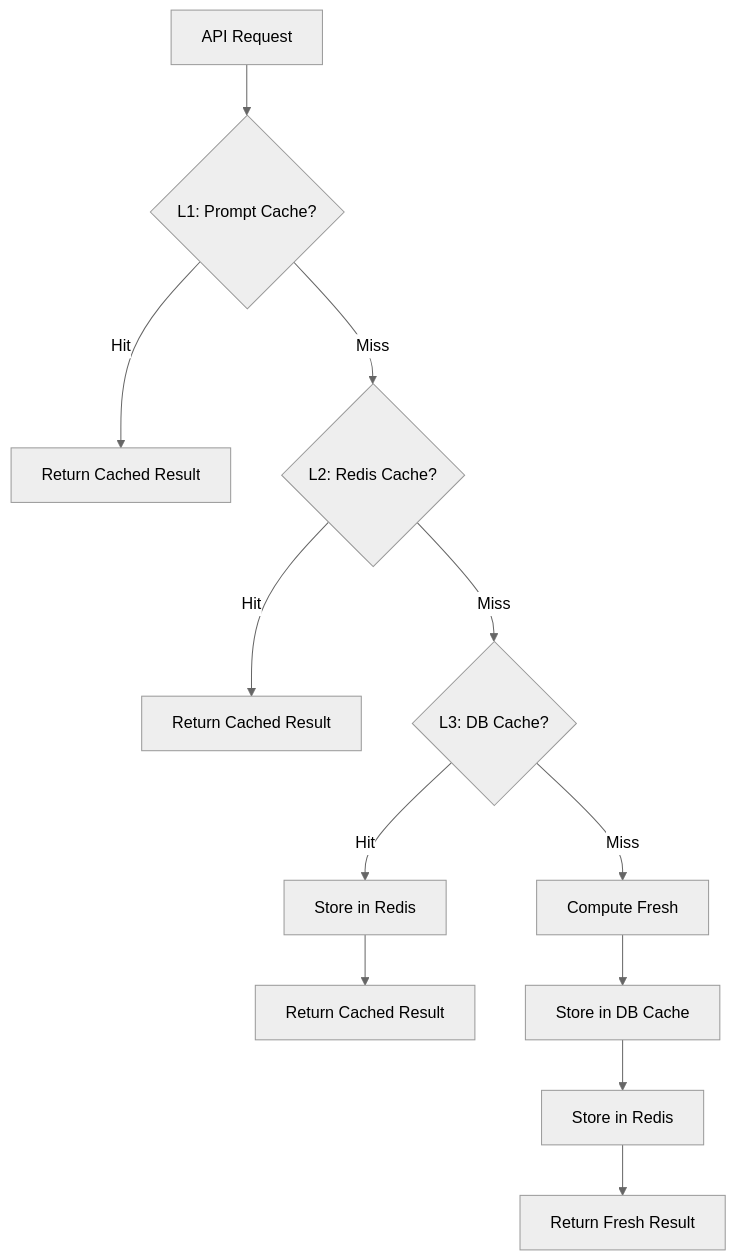
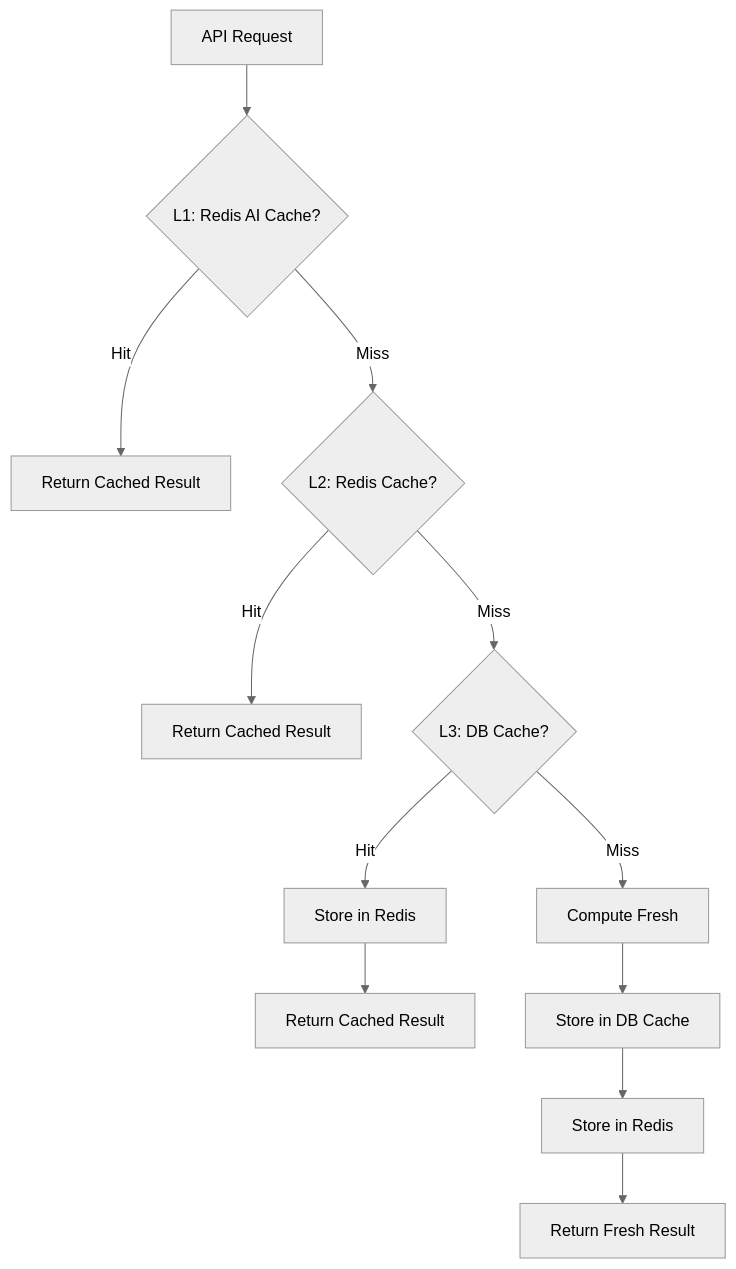
The diagram in docs/CACHE_SYSTEM.md (AhmadDhariwal/Developer-Portfolio-Analyzer), drawn with Mermaid (neutral theme) before and after one commit. The commit also changed other lines of this file and 28 other files, not shown here.

````diff
--- a/docs/CACHE_SYSTEM.md
+++ b/docs/CACHE_SYSTEM.md
@@ -5,14 +5,14 @@
 ```mermaid
 graph TB
-    Request[API Request] --> L1{L1: Prompt Cache?}
+    Request[API Request] --> L1{L1: Redis AI Cache?}
     L1 -->|Hit| Return1[Return Cached Result]
     L1 -->|Miss| L2{L2: Redis Cache?}
     L2 -->|Hit| Return2[Return Cached Result]
     L2 -->|Miss| L3{L3: DB Cache?}
     L3 -->|Hit| StoreRedis[Store in Redis]
     StoreRedis --> Return3[Return Cached Result]
     L3 -->|Miss| Compute[Compute Fresh]
     Compute --> StoreDB[Store in DB Cache]
     StoreDB --> StoreRedis2[Store in Redis]
     StoreRedis2 --> Return4[Return Fresh Result]
 ```
````
